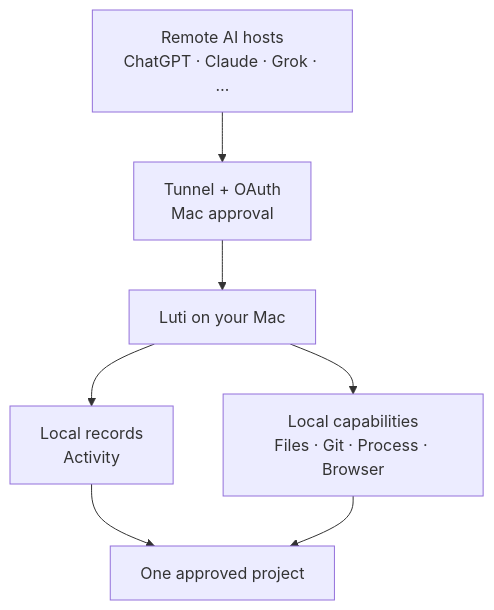
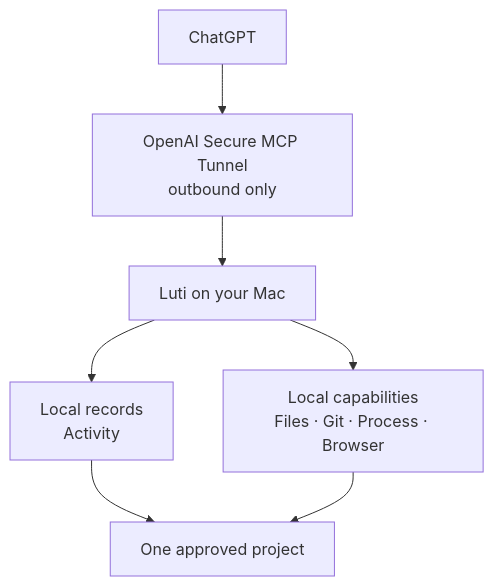
Before and after one commit to boltguo/Luti: the diagram in README.md, drawn with Mermaid. The commit also changed other lines of this file and 65 other files, not shown here.

First line of the commit message:
refactor: use OpenAI tunnel only and fix runtime performance issues

````diff
--- a/README.md
+++ b/README.md
@@ -27,13 +27,13 @@
 ```mermaid
 flowchart TB
-    remote["Remote AI hosts<br/>ChatGPT · Claude · Grok · …"]
-    tunnel["Tunnel + OAuth<br/>Mac approval"]
+    remote["ChatGPT"]
+    tunnel["OpenAI Secure MCP Tunnel<br/>outbound only"]
     luti["Luti on your Mac"]
     context["Local records<br/>Activity"]
     tools["Local capabilities<br/>Files · Git · Process · Browser"]
     project["One approved project"]
 
     remote --> tunnel --> luti
     luti --> context --> project
     luti --> tools --> project
 ```
````
